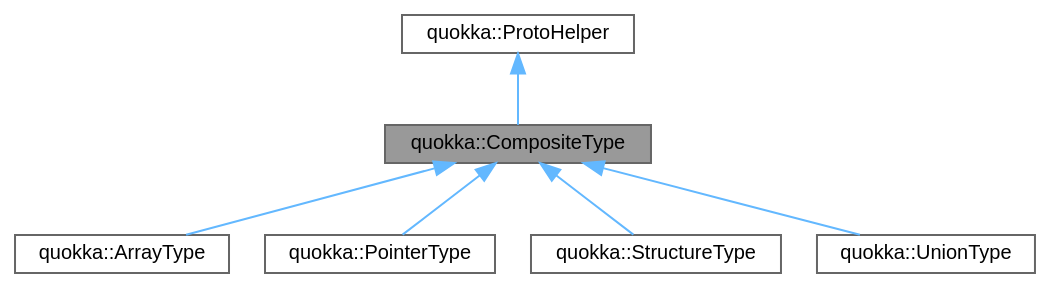
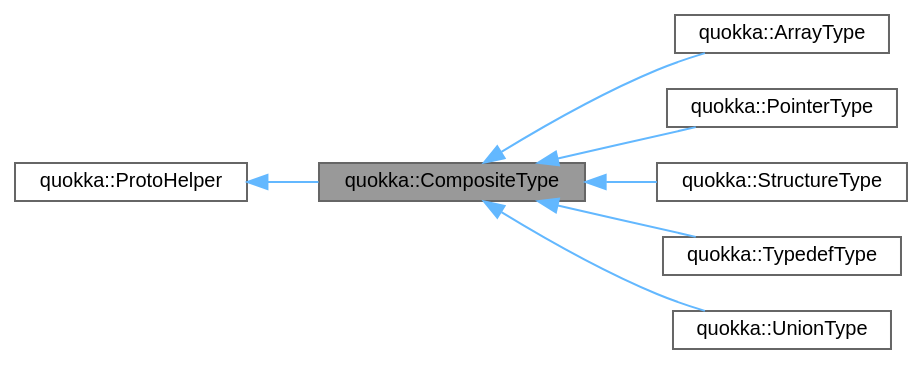
The diagram in reference/cpp/classquokka_1_1CompositeType__inherit__graph.dot (quarkslab/quokka), drawn with Graphviz before and after one commit. The commit also changed 69 other files, not shown here.

```diff
--- a/reference/cpp/classquokka_1_1CompositeType__inherit__graph.dot
+++ b/reference/cpp/classquokka_1_1CompositeType__inherit__graph.dot
@@ -1,18 +1,21 @@
 digraph "quokka::CompositeType"
 {
  // LATEX_PDF_SIZE
   bgcolor="transparent";
   edge [fontname=Helvetica,fontsize=10,labelfontname=Helvetica,labelfontsize=10];
   node [fontname=Helvetica,fontsize=10,shape=box,height=0.2,width=0.4];
+  rankdir="LR";
   Node1 [id="Node000001",label="quokka::CompositeType",height=0.2,width=0.4,color="gray40", fillcolor="grey60", style="filled", fontcolor="black",tooltip=" "];
   Node2 -> Node1 [id="edge1_Node000001_Node000002",dir="back",color="steelblue1",style="solid",tooltip=" "];
   Node2 [id="Node000002",label="quokka::ProtoHelper",height=0.2,width=0.4,color="gray40", fillcolor="white", style="filled",URL="$classquokka_1_1ProtoHelper.html",tooltip=" "];
   Node1 -> Node3 [id="edge2_Node000001_Node000003",dir="back",color="steelblue1",style="solid",tooltip=" "];
   Node3 [id="Node000003",label="quokka::ArrayType",height=0.2,width=0.4,color="gray40", fillcolor="white", style="filled",URL="$classquokka_1_1ArrayType.html",tooltip=" "];
   Node1 -> Node4 [id="edge3_Node000001_Node000004",dir="back",color="steelblue1",style="solid",tooltip=" "];
   Node4 [id="Node000004",label="quokka::PointerType",height=0.2,width=0.4,color="gray40", fillcolor="white", style="filled",URL="$classquokka_1_1PointerType.html",tooltip=" "];
   Node1 -> Node5 [id="edge4_Node000001_Node000005",dir="back",color="steelblue1",style="solid",tooltip=" "];
   Node5 [id="Node000005",label="quokka::StructureType",height=0.2,width=0.4,color="gray40", fillcolor="white", style="filled",URL="$classquokka_1_1StructureType.html",tooltip=" "];
   Node1 -> Node6 [id="edge5_Node000001_Node000006",dir="back",color="steelblue1",style="solid",tooltip=" "];
-  Node6 [id="Node000006",label="quokka::UnionType",height=0.2,width=0.4,color="gray40", fillcolor="white", style="filled",URL="$classquokka_1_1UnionType.html",tooltip=" "];
+  Node6 [id="Node000006",label="quokka::TypedefType",height=0.2,width=0.4,color="gray40", fillcolor="white", style="filled",URL="$classquokka_1_1TypedefType.html",tooltip=" "];
+  Node1 -> Node7 [id="edge6_Node000001_Node000007",dir="back",color="steelblue1",style="solid",tooltip=" "];
+  Node7 [id="Node000007",label="quokka::UnionType",height=0.2,width=0.4,color="gray40", fillcolor="white", style="filled",URL="$classquokka_1_1UnionType.html",tooltip=" "];
 }
```
